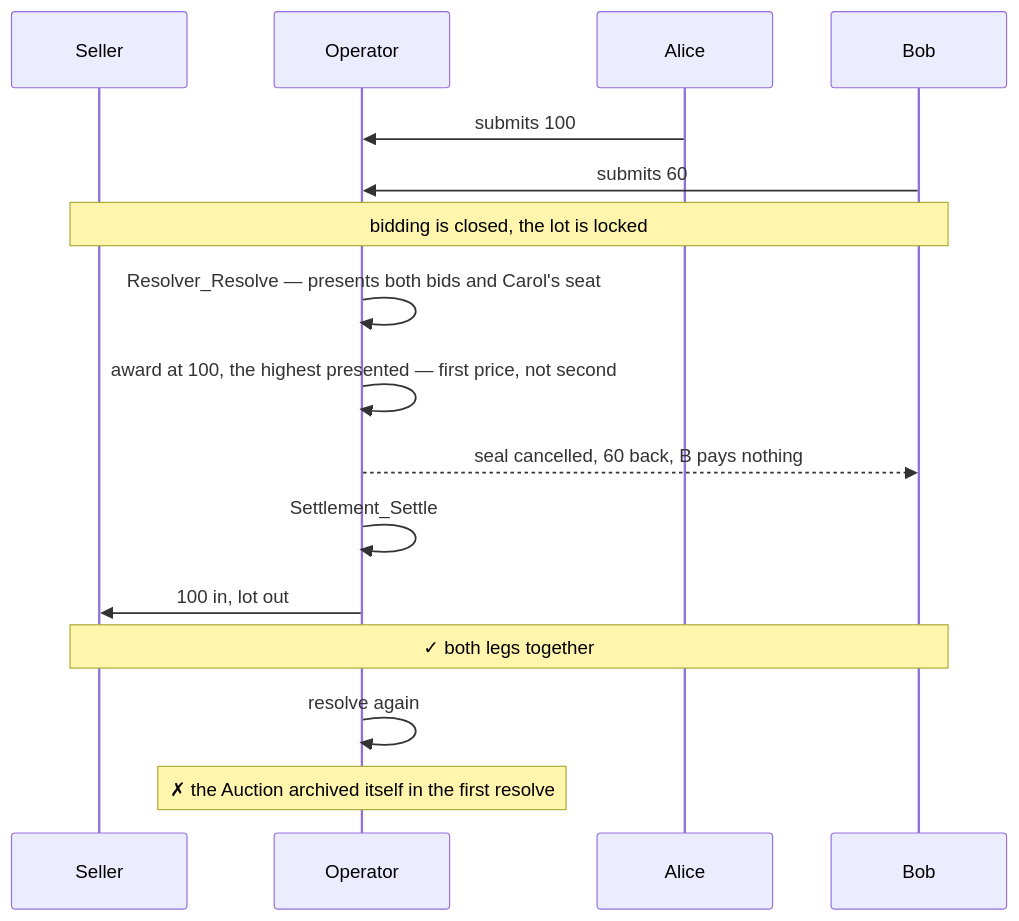
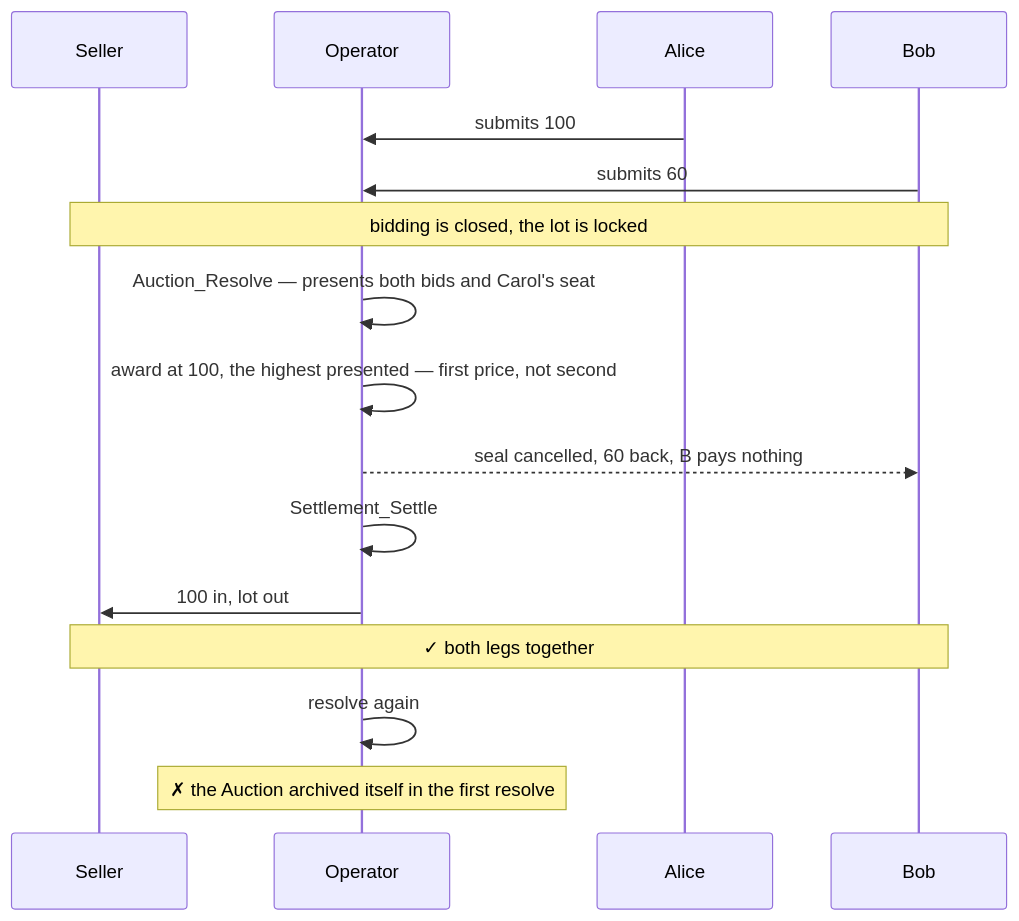
Before and after one commit to unlockitio/concordia: the second of 5 diagrams in examples/auctions/sealed-bid-first-price/DEMOS.md, drawn with Mermaid. The commit also changed other lines of this file and 34 other files, not shown here.

````diff
--- a/examples/auctions/sealed-bid-first-price/DEMOS.md
+++ b/examples/auctions/sealed-bid-first-price/DEMOS.md
@@ -164,22 +164,22 @@
 ```mermaid
 sequenceDiagram
     participant S as Seller
     participant O as Operator
     participant A as Alice
     participant B as Bob
 
     A->>O: submits 100
     B->>O: submits 60
     Note over S,B: bidding is closed, the lot is locked
 
-    O->>O: Resolver_Resolve — presents both bids and Carol's seat
+    O->>O: Auction_Resolve — presents both bids and Carol's seat
     O->>O: award at 100, the highest presented — first price, not second
     O-->>B: seal cancelled, 60 back, B pays nothing
 
     O->>O: Settlement_Settle
     O->>S: 100 in, lot out
     Note over S,B: ✓ both legs together
 
     O->>O: resolve again
     Note over O: ✗ the Auction archived itself in the first resolve
 ```
````
